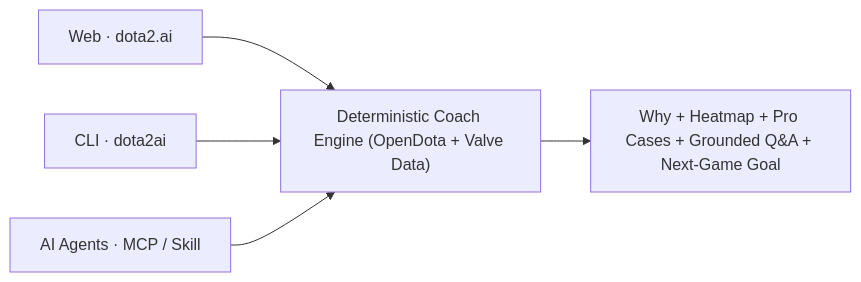
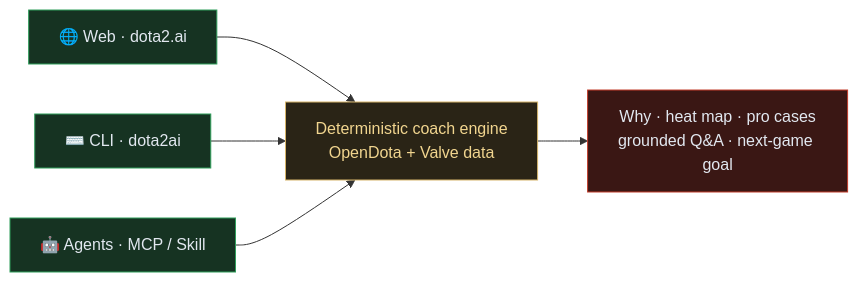
One commit to qianhaoq/dota2.ai changed the diagram in README.md. Above: the diagram before and after it, drawn with Mermaid. The commit also changed other lines of this file and 7 other files, not shown here.

````diff
--- a/README.md
+++ b/README.md
@@ -31,7 +65,13 @@
 ```mermaid
 flowchart LR
-    Web["Web · dota2.ai"] --> Engine["Deterministic Coach Engine (OpenDota + Valve Data)"]
-    CLI["CLI · dota2ai"] --> Engine
-    MCP["AI Agents · MCP / Skill"] --> Engine
-    Engine --> Out["Why + Heatmap + Pro Cases + Grounded Q&A + Next-Game Goal"]
+    Web["🌐 Web · dota2.ai"] --> Engine
+    CLI["⌨️ CLI · dota2ai"] --> Engine
+    MCP["🤖 Agents · MCP / Skill"] --> Engine
+    Engine["Deterministic coach engine<br/>OpenDota + Valve data"] --> Out["Why · heat map · pro cases<br/>grounded Q&A · next-game goal"]
+    classDef radiant fill:#163322,stroke:#2f9e5b,color:#e2e8f0
+    classDef dire fill:#3a1714,stroke:#c23c2a,color:#e2e8f0
+    classDef gold fill:#2a2416,stroke:#d6b46a,color:#f1d58f
+    class Web,CLI,MCP radiant
+    class Engine gold
+    class Out dire
 ```
````
